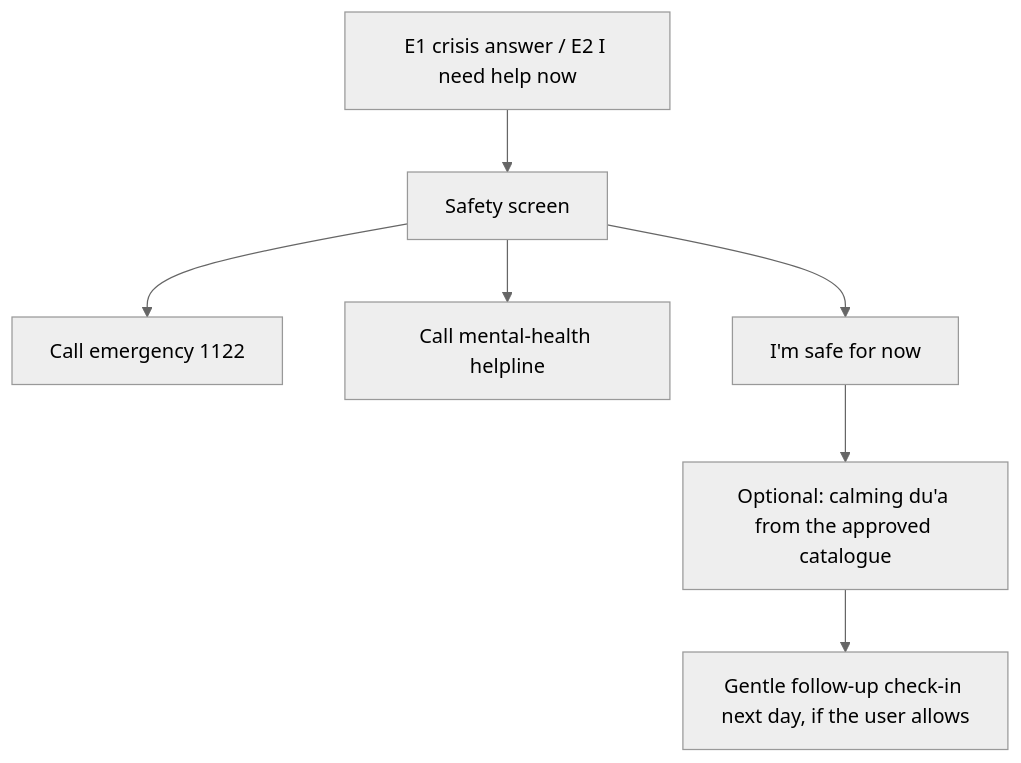
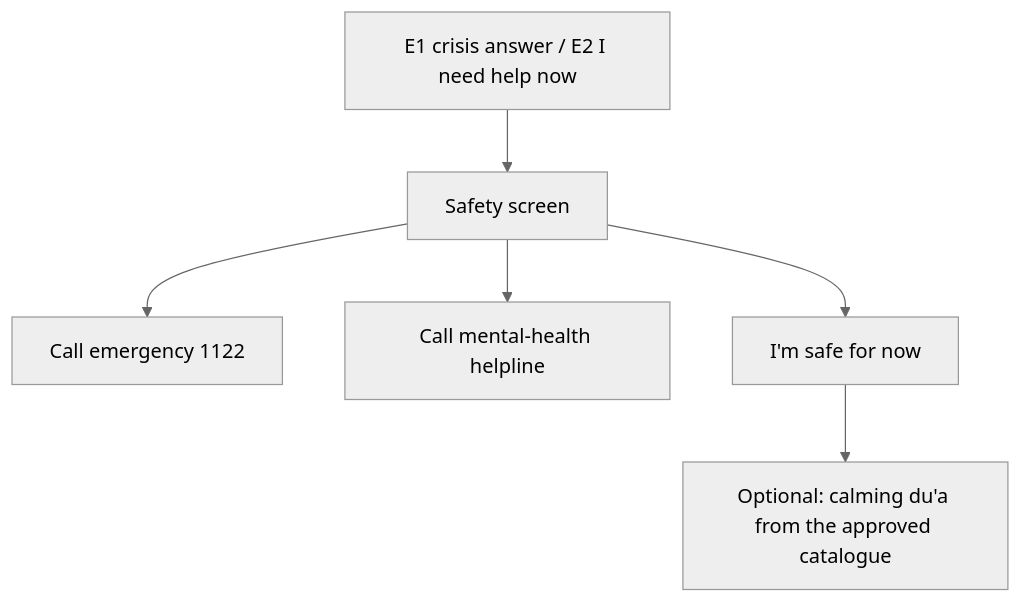
One commit to musam8831/BCSR changed the diagram in docs/06-security-privacy-safety/safety/safety-pathway.md. Above: the diagram before and after it, drawn with Mermaid (neutral theme). The commit also changed other lines of this file and 6 other files, not shown here.

````diff
--- a/docs/06-security-privacy-safety/safety/safety-pathway.md
+++ b/docs/06-security-privacy-safety/safety/safety-pathway.md
@@ -28,9 +28,8 @@
 ```mermaid
 flowchart TD
   A[E1 crisis answer / E2 I need help now] --> B[Safety screen]
   B --> C[Call emergency 1122]
   B --> D[Call mental-health helpline]
   B --> E[I'm safe for now]
   E --> F[Optional: calming du'a from the approved catalogue]
-  F --> G[Gentle follow-up check-in next day, if the user allows]
 ```
````
